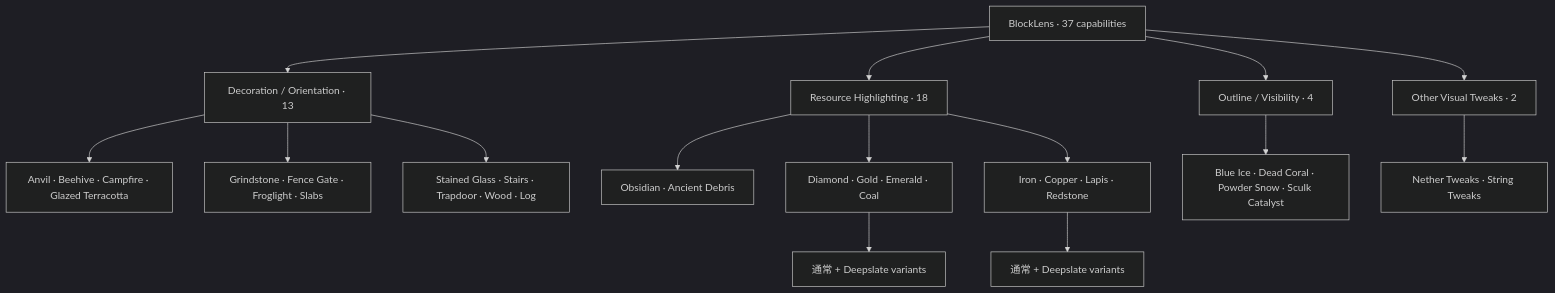
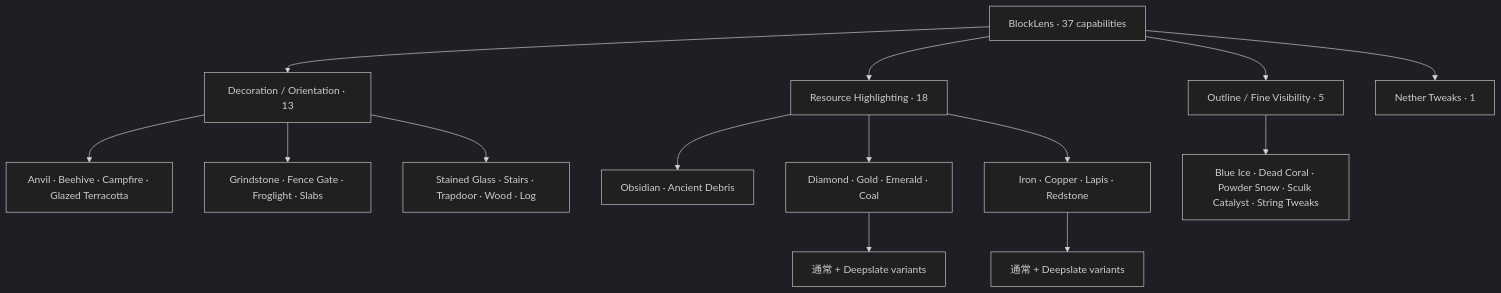
The first of 4 diagrams in README_ja.md (bosatsu25/BlockLens), drawn with Mermaid (dark theme) before and after one commit. The commit also changed other lines of this file, not shown here.

````diff
--- a/README_ja.md
+++ b/README_ja.md
@@ -27,21 +52,20 @@
 ```mermaid
 flowchart TB
     BL[BlockLens · 37 capabilities]
     BL --> D[Decoration / Orientation · 13]
     BL --> R[Resource Highlighting · 18]
-    BL --> O[Outline / Visibility · 4]
-    BL --> X[Other Visual Tweaks · 2]
+    BL --> O[Outline / Fine Visibility · 5]
+    BL --> N[Nether Tweaks · 1]
 
     D --> D1[Anvil · Beehive · Campfire · Glazed Terracotta]
     D --> D2[Grindstone · Fence Gate · Froglight · Slabs]
     D --> D3[Stained Glass · Stairs · Trapdoor · Wood · Log]
 
     R --> R1[Obsidian · Ancient Debris]
     R --> R2[Diamond · Gold · Emerald · Coal]
     R --> R3[Iron · Copper · Lapis · Redstone]
     R2 --> R4[通常 + Deepslate variants]
     R3 --> R5[通常 + Deepslate variants]
 
-    O --> O1[Blue Ice · Dead Coral · Powder Snow · Sculk Catalyst]
-    X --> X1[Nether Tweaks · String Tweaks]
+    O --> O1[Blue Ice · Dead Coral · Powder Snow · Sculk Catalyst · String Tweaks]
 ```
````
